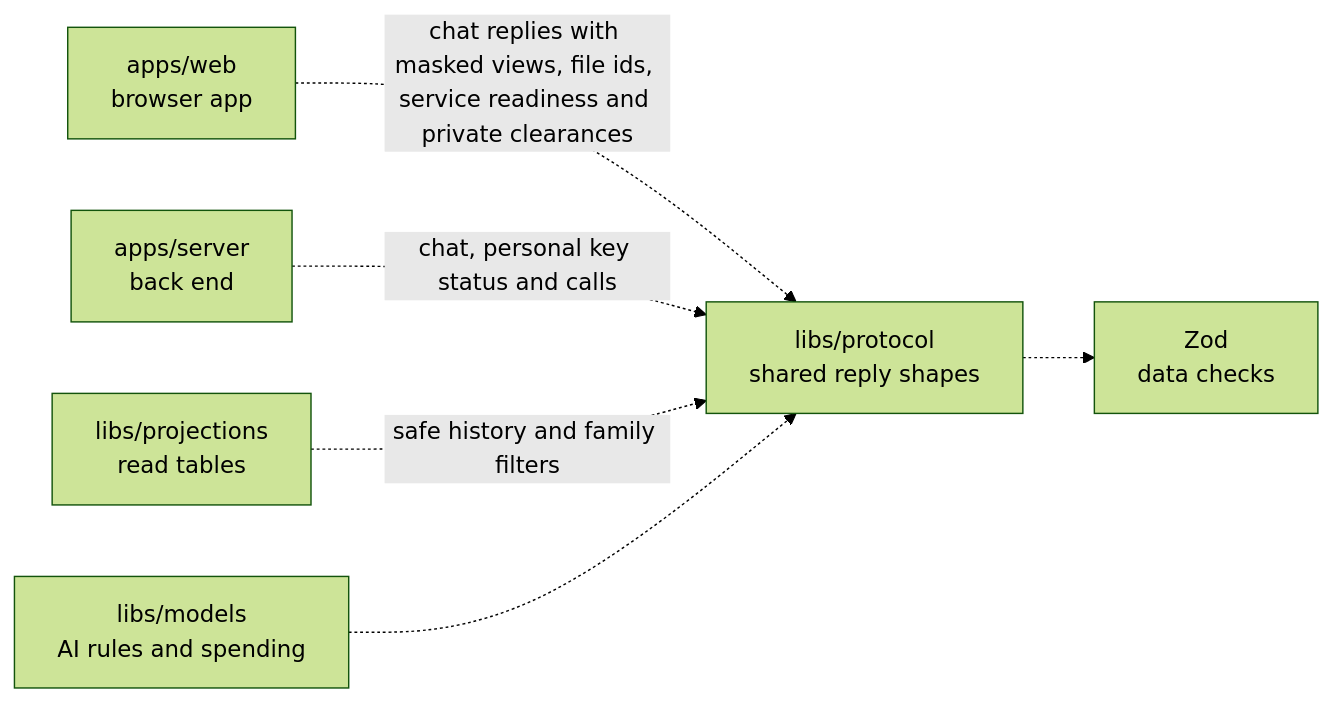
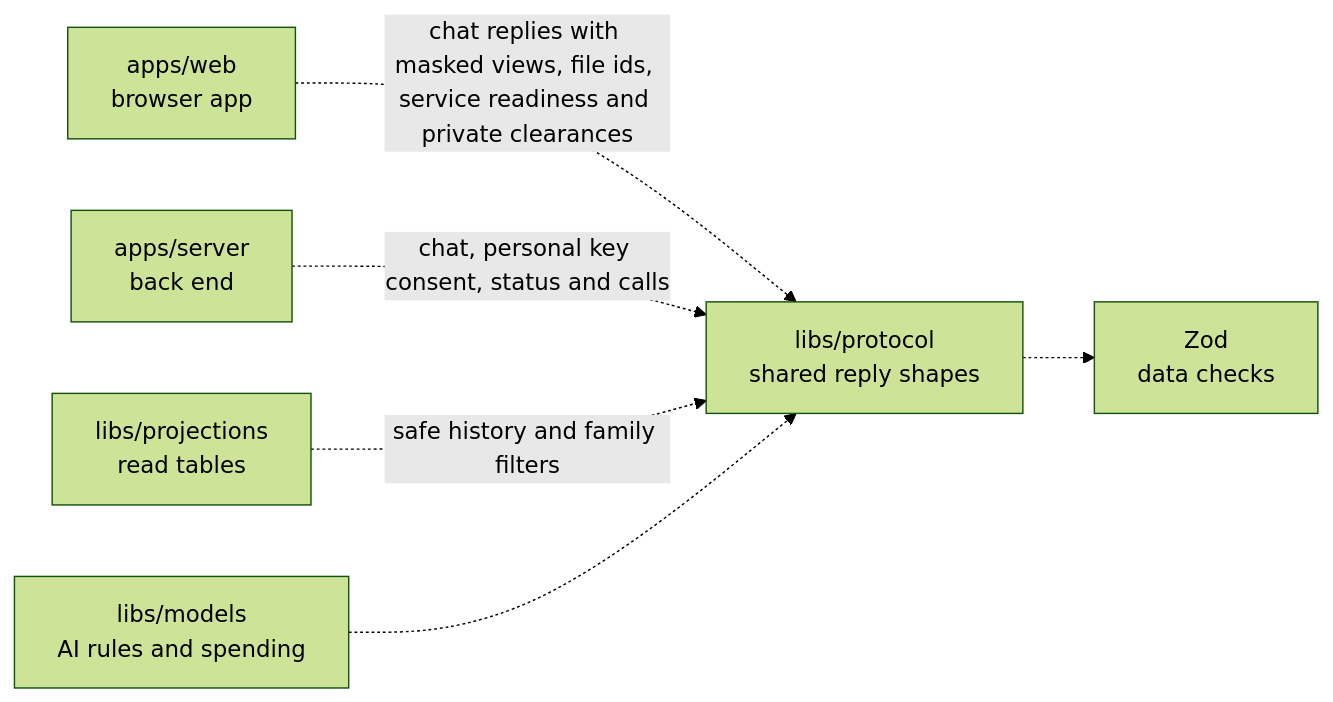
Before and after one commit to elewa-git/opencrane-new: the diagram in libs/protocol/README.md, drawn with Mermaid (forest theme). The commit also changed other lines of this file and 103 other files, not shown here.

````diff
--- a/libs/protocol/README.md
+++ b/libs/protocol/README.md
@@ -53,8 +54,8 @@
 ```mermaid
 flowchart LR
   web["apps/web<br/>browser app"] -.->|chat replies with masked views, file ids, service readiness and private clearances| protocol["libs/protocol<br/>shared reply shapes"]
-  server["apps/server<br/>back end"] -.->|chat, personal key status and calls| protocol
+  server["apps/server<br/>back end"] -.->|chat, personal key consent, status and calls| protocol
   projections["libs/projections<br/>read tables"] -.->|safe history and family filters| protocol
   models["libs/models<br/>AI rules and spending"] -.-> protocol
   protocol -.-> zod["Zod<br/>data checks"]
 ```
````
